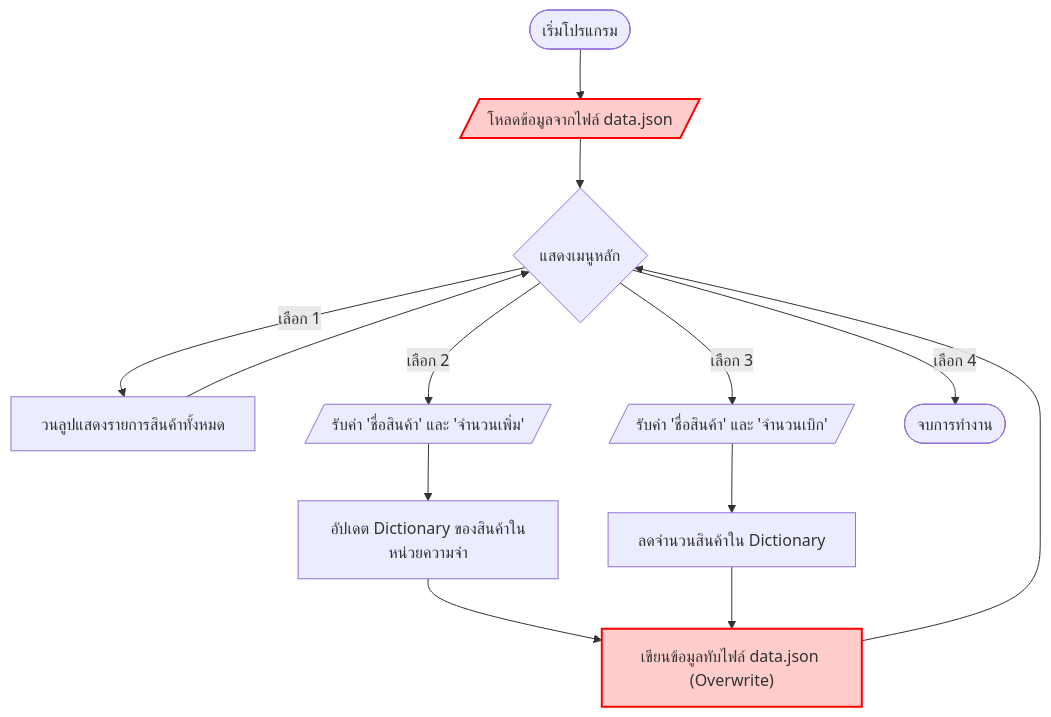
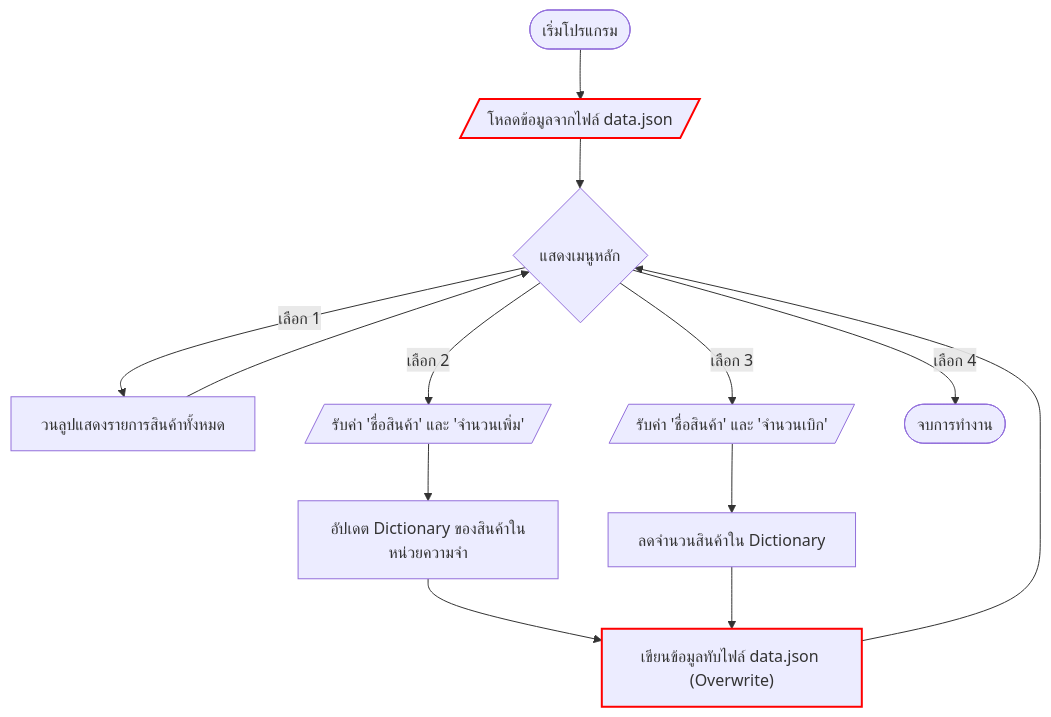
Before and after one commit to Panuwat-ta/software-project-management: the first of 2 diagrams in week-5/architecture.md, drawn with Mermaid.

Commit message:
fix: Correct color code in hotspot class definition in architecture.md

````diff
--- a/week-5/architecture.md
+++ b/week-5/architecture.md
@@ -10,22 +10,22 @@
 ```mermaid
 flowchart TD
     Start([เริ่มโปรแกรม]) --> LoadDB[/"โหลดข้อมูลจากไฟล์ data.json"/]
     LoadDB --> Menu{"แสดงเมนูหลัก"}
     
     Menu -->|เลือก 1| Show["วนลูปแสดงรายการสินค้าทั้งหมด"]
     Menu -->|เลือก 2| Add[/"รับค่า 'ชื่อสินค้า' และ 'จำนวนเพิ่ม'"/]
     Menu -->|เลือก 3| Withdraw[/"รับค่า 'ชื่อสินค้า' และ 'จำนวนเบิก'"/]
     Menu -->|เลือก 4| Exit(["จบการทำงาน"])
     
     Add --> ProcessAdd["อัปเดต Dictionary ของสินค้าในหน่วยความจำ"]
     Withdraw --> ProcessWithdraw["ลดจำนวนสินค้าใน Dictionary"]
     
     ProcessAdd --> SaveDB["เขียนข้อมูลทับไฟล์ data.json (Overwrite)"]
     ProcessWithdraw --> SaveDB
     
     Show --> Menu
     SaveDB --> Menu
 
-    classDef hotspot fill:#ffcccc,stroke:#ff0000,stroke-width:2px;
+    classDef hotspot fill:##ff0000,stroke:#ff0000,stroke-width:2px;
     class SaveDB,LoadDB hotspot
 ```
````
